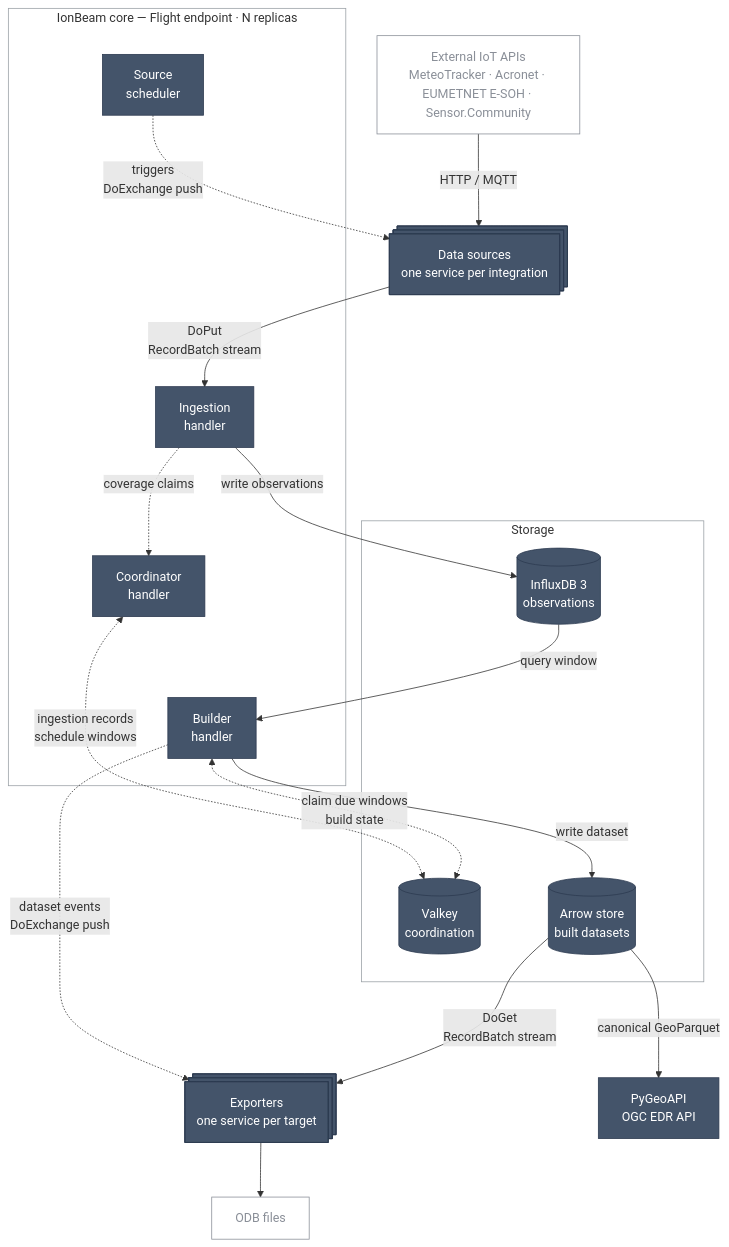
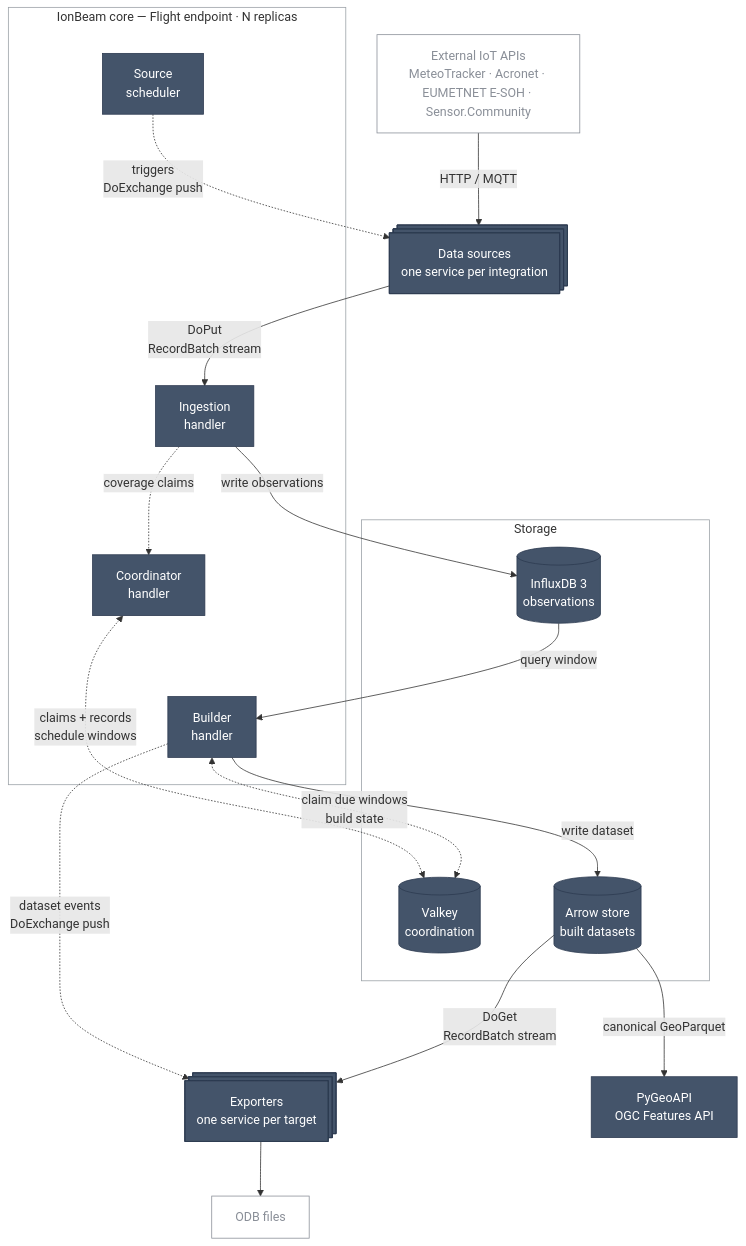
Before and after one commit to ecmwf/IonBeam: the diagram in README.md, drawn with Mermaid. The commit also changed other lines of this file and 9 other files, not shown here.

Commit message:
docs: client guide, published wheels, Features API naming

````diff
--- a/README.md
+++ b/README.md
@@ -50,50 +50,50 @@
 ```mermaid
 %%{init: {"flowchart": {"diagramPadding": 12, "nodeSpacing": 60, "rankSpacing": 70, "htmlLabels": true}}}%%
 flowchart TB
 
 EXT["External IoT APIs<br/>MeteoTracker · Acronet · EUMETNET E-SOH · Sensor.Community"]
 
 SOURCES@{ shape: procs, label: "Data sources<br/>one service per integration" }
 
 subgraph CORE["IonBeam core — Flight endpoint · N replicas"]
   SCHED["Source<br/>scheduler"]
   ING["Ingestion<br/>handler"]
   COORD["Coordinator<br/>handler"]
   BUILD["Builder<br/>handler"]
 end
 
 subgraph STORES["Storage"]
   INFLUX[("InfluxDB 3<br/>observations")]
   VALKEY[("Valkey<br/>coordination")]
   ARROW[("Arrow store<br/>built datasets")]
 end
 
 EXPORTERS@{ shape: procs, label: "Exporters<br/>one service per target" }
-PYGEO["PyGeoAPI<br/>OGC EDR API"]
+PYGEO["PyGeoAPI<br/>OGC Features API"]
 OUTPUTS["ODB files"]
 
 EXT -->|"HTTP / MQTT"| SOURCES
 SCHED -.->|"triggers<br/>DoExchange push"| SOURCES
 SOURCES -->|"DoPut<br/>RecordBatch stream"| ING
 ING -->|"write observations"| INFLUX
 ING -.->|"coverage claims"| COORD
-COORD <-.->|"ingestion records<br/>schedule windows"| VALKEY
+COORD <-.->|"claims + records<br/>schedule windows"| VALKEY
 BUILD <-.->|"claim due windows<br/>build state"| VALKEY
 INFLUX -->|"query window"| BUILD
 BUILD -->|"write dataset"| ARROW
 BUILD -.->|"dataset events<br/>DoExchange push"| EXPORTERS
 ARROW -->|"DoGet<br/>RecordBatch stream"| EXPORTERS
 EXPORTERS --> OUTPUTS
 ARROW -->|"canonical GeoParquet"| PYGEO
 
 COORD ~~~ BUILD
 
 classDef inside fill:#44546A,stroke:#2D3A50,color:#FFFFFF
 classDef outside fill:transparent,stroke:#8A8F98,color:#8A8F98
 
 class SOURCES,SCHED,ING,COORD,BUILD,EXPORTERS,PYGEO,INFLUX,VALKEY,ARROW inside
 class EXT,OUTPUTS outside
 
 style CORE fill:transparent,stroke:#9AA0A6,stroke-width:1px
 style STORES fill:transparent,stroke:#9AA0A6,stroke-width:1px
 ```
````
